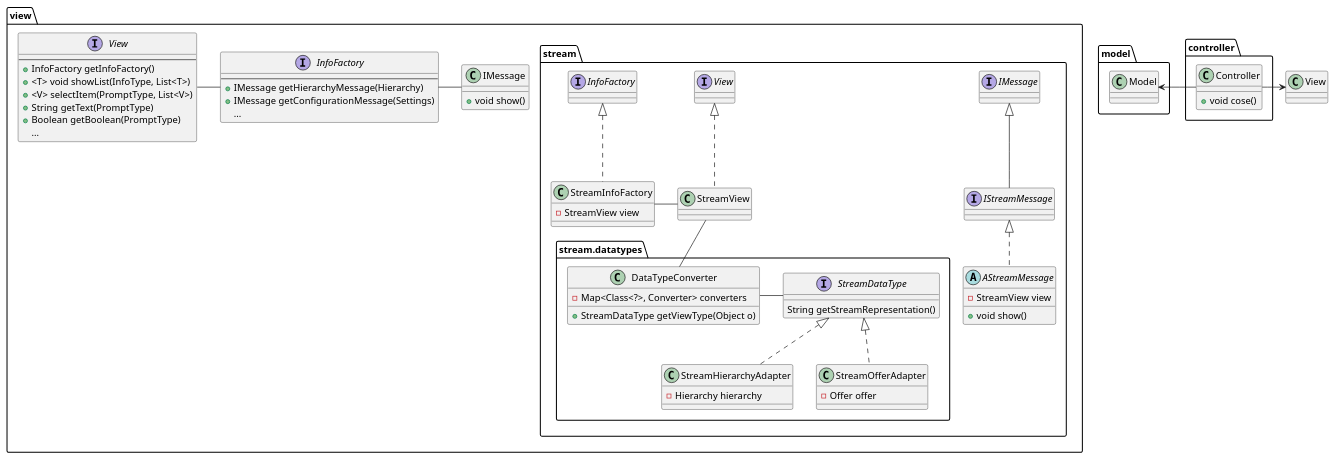
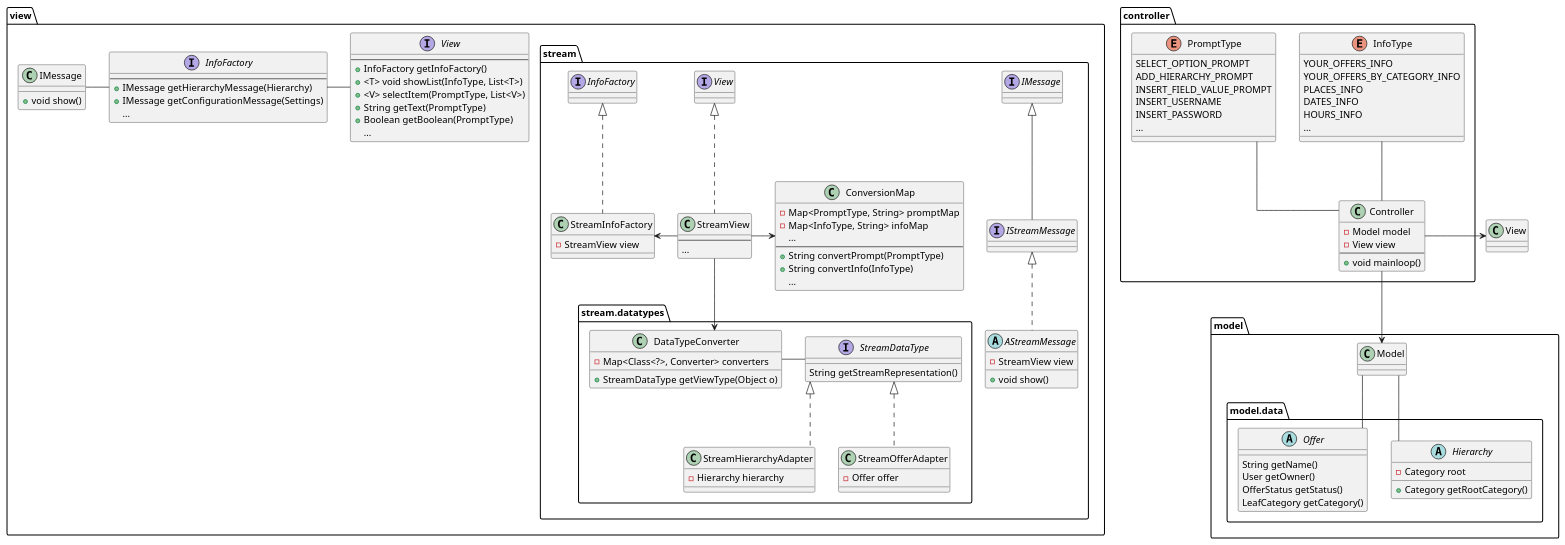
One commit to Matlice/ing_sw_2022 changed the diagram in presentazione/uml/mvc_classi.puml. Above: the diagram before and after it, drawn with PlantUML.

Commit message:
mvc class diagram

```diff
--- a/presentazione/uml/mvc_classi.puml
+++ b/presentazione/uml/mvc_classi.puml
@@ -1,93 +1,150 @@
 @startuml
+
+skinparam linetype ortho
 
 package "controller" as controller {
     class "Controller" as Controller {
-        +void cose() 
+        - Model model
+        - View view
+        --
+        + void mainloop() 
         'todo da fare
     }
 
+    enum "PromptType" as PromptType {
+        SELECT_OPTION_PROMPT
+        ADD_HIERARCHY_PROMPT
+        INSERT_FIELD_VALUE_PROMPT
+        INSERT_USERNAME
+        INSERT_PASSWORD
+        ...
+    }
+
+    enum "InfoType" as InfoType {
+        YOUR_OFFERS_INFO
+        YOUR_OFFERS_BY_CATEGORY_INFO
+        PLACES_INFO
+        DATES_INFO
+        HOURS_INFO
+        ...
+    }
+
+    Controller -up- PromptType
+    Controller -up- InfoType
 }
 
 package "model" as model {
     class "Model" as Model {
         'todo
     }
+
+    package "model.data" as data {
+
+        abstract class Hierarchy {
+            - Category root
+            + Category getRootCategory()
+        }
+
+        abstract class Offer {
+            String getName()
+            User getOwner()
+            OfferStatus getStatus()
+            LeafCategory getCategory()
+        }
+
+    }
+
+    Model -- Offer
+    Model -- Hierarchy
+
 }
 
 package "view" as view {
 
     class "IMessage" as IMessage {
         + void show()
     }
 
     interface "InfoFactory" as InfoFactory {
         --
         + IMessage getHierarchyMessage(Hierarchy)
         + IMessage getConfigurationMessage(Settings)
         ...
     }
 
     interface "View" as View {
         --
         + InfoFactory getInfoFactory()
         + <T> void showList(InfoType, List<T>)
         + <V> selectItem(PromptType, List<V>)
         + String getText(PromptType)
         + Boolean getBoolean(PromptType)
         ...
     }
 
     package "stream" as stream {
 
         package "stream.datatypes" as datatypes {
 
             class "DataTypeConverter" as DataTypeConverter {
                 - Map<Class<?>, Converter> converters
                 + StreamDataType getViewType(Object o)
             }
 
             interface StreamDataType {
                 String getStreamRepresentation()
             }
 
             class StreamHierarchyAdapter implements StreamDataType {
                 - Hierarchy hierarchy
                 ' todo lasciare il metodo implementato?
             }
 
             class StreamOfferAdapter implements StreamDataType {
                 - Offer offer
             }
 
         }
 
         interface "IStreamMessage" as IStreamMessage extends IMessage {
         }
 
         class "StreamView" as StreamView implements View{
-            'todo
+            --
+            ...
         }
 
         class StreamInfoFactory implements InfoFactory {
             - StreamView view
+        }
+
+        class ConversionMap {
+            - Map<PromptType, String> promptMap
+            - Map<InfoType, String> infoMap
+            ...
+            --
+            + String convertPrompt(PromptType)
+            + String convertInfo(InfoType)
+            ...
         }
 
         abstract class AStreamMessage implements IStreamMessage {
             - StreamView view
             + void show()
         }
 
-        StreamInfoFactory -right- StreamView
-        StreamView -- DataTypeConverter
+        StreamInfoFactory <-right- StreamView
+        StreamView --> DataTypeConverter
+        StreamView -right-> ConversionMap
         DataTypeConverter -right- StreamDataType
 
     }
 
-    View -right- InfoFactory
-    InfoFactory -right- IMessage
+    View -left- InfoFactory
+    InfoFactory -left- IMessage
 }
 
-Model <-right- Controller
+Controller -down-> Model
 Controller -right-> View
 
 @enduml
```
